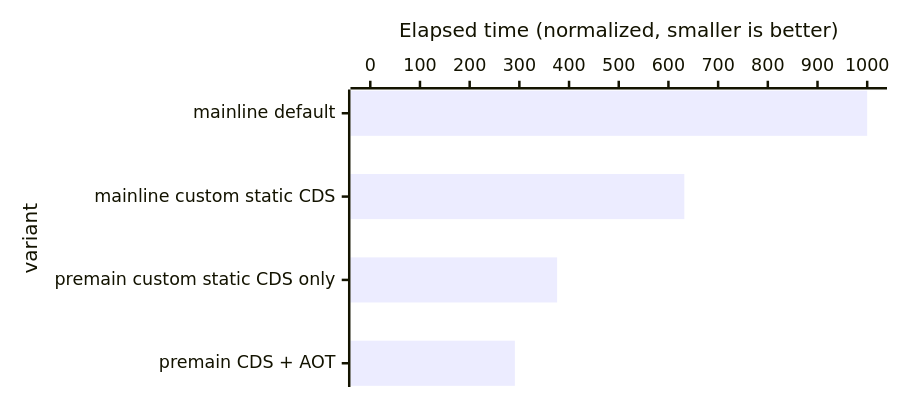
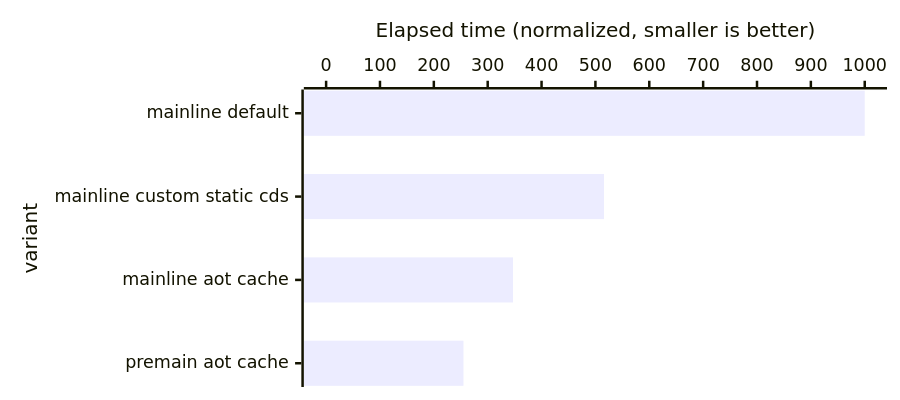
One commit to openjdk/leyden changed the first of 5 diagrams in README.md. Above: the diagram before and after it, drawn with Mermaid. The commit also changed other lines of this file and 8 other files, not shown here.

````diff
--- a/README.md
+++ b/README.md
@@ -410,12 +420,12 @@
 ```mermaid
 ---
 config:
     xyChart:
         chartOrientation: horizontal
         height: 300
 ---
 xychart-beta
-    x-axis "variant" ["mainline default", "mainline custom static CDS", "premain custom static CDS only", "premain CDS + AOT"]
+    x-axis "variant" ["mainline default", "mainline custom static cds", "mainline aot cache", "premain aot cache"]
     y-axis "Elapsed time (normalized, smaller is better)" 0 --> 1000
-    bar [1000, 632, 376, 291]
+    bar [1000, 516, 347, 255]
 ```
````
